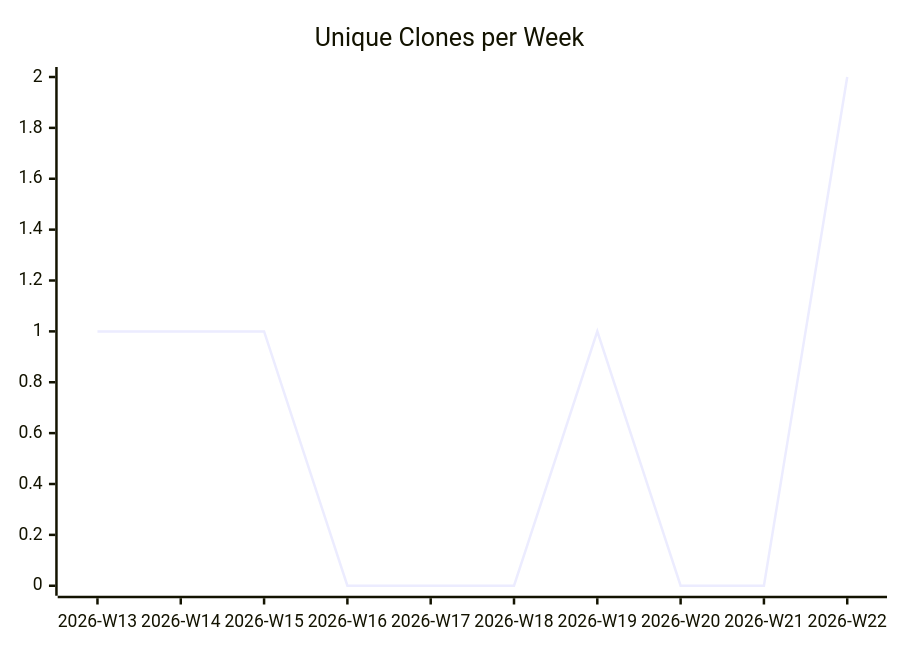
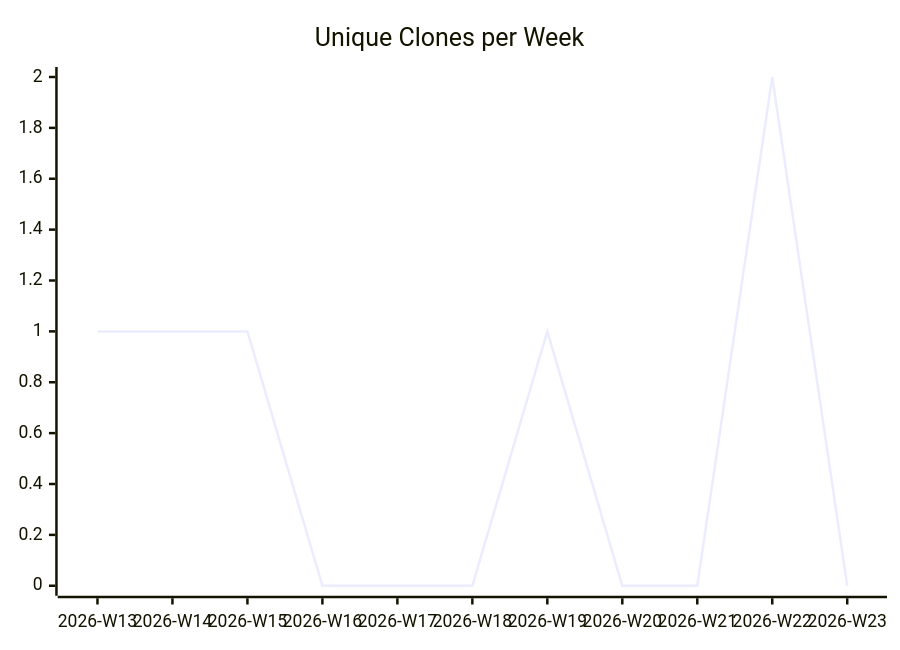
One commit to justdavis-family/github-analytics-data changed the third of 3 diagrams in karlmdavis/ansible-roles/README.md. Above: the diagram before and after it, drawn with Mermaid. The commit also changed other lines of this file and 186 other files, not shown here.

````diff
--- a/karlmdavis/ansible-roles/README.md
+++ b/karlmdavis/ansible-roles/README.md
@@ -19,6 +19,6 @@
 ```mermaid
 xychart-beta
   title "Unique Clones per Week"
-  x-axis ["2026-W13", "2026-W14", "2026-W15", "2026-W16", "2026-W17", "2026-W18", "2026-W19", "2026-W20", "2026-W21", "2026-W22"]
-  line [1, 1, 1, 0, 0, 0, 1, 0, 0, 2]
+  x-axis ["2026-W13", "2026-W14", "2026-W15", "2026-W16", "2026-W17", "2026-W18", "2026-W19", "2026-W20", "2026-W21", "2026-W22", "2026-W23"]
+  line [1, 1, 1, 0, 0, 0, 1, 0, 0, 2, 0]
 ```
````
